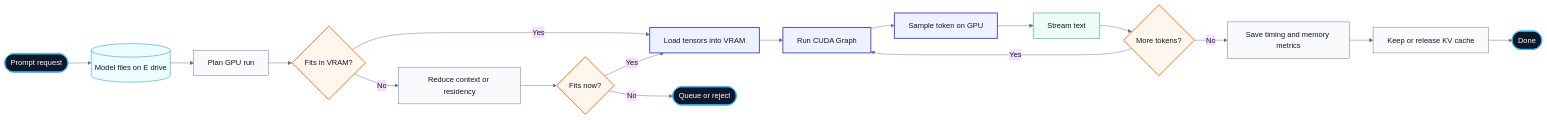
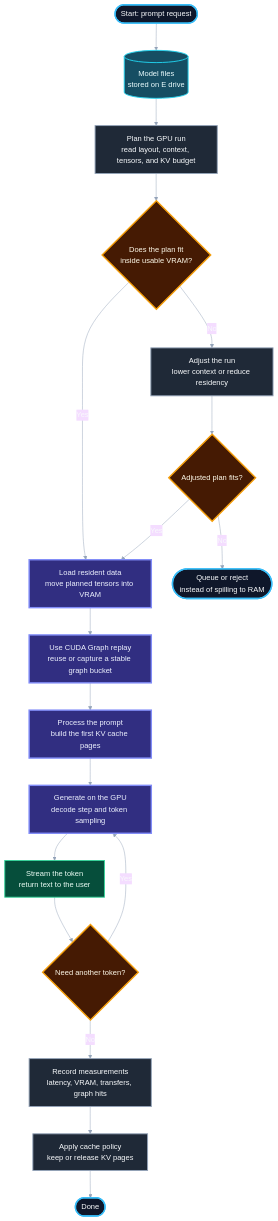
The diagram in README.md (MKKSANDI/local-ai-gpu-acceleration), drawn with Mermaid before and after one commit.

Commit message:
Make README flowchart vertical

````diff
--- a/README.md
+++ b/README.md
@@ -7,42 +7,43 @@
 ```mermaid
-%%{init: {"theme": "base", "themeVariables": {"fontFamily": "Segoe UI, Arial, sans-serif", "primaryTextColor": "#111827", "lineColor": "#64748b"}}}%%
-flowchart LR
-    Request([Prompt request])
-    Files[(Model files on E drive)]
-    Plan[Plan GPU run]
-    Budget{Fits in VRAM?}
-    Tune[Reduce context or residency]
-    Retry{Fits now?}
-    Queue([Queue or reject])
-    Load[Load tensors into VRAM]
-    Graph[Run CUDA Graph]
-    Token[Sample token on GPU]
-    Stream[Stream text]
-    More{More tokens?}
-    Metrics[Save timing and memory metrics]
-    Cache[Keep or release KV cache]
-    Done([Done])
+%%{init: {"theme": "base", "flowchart": {"curve": "basis", "nodeSpacing": 45, "rankSpacing": 58}, "themeVariables": {"fontFamily": "Segoe UI, Arial, sans-serif", "primaryTextColor": "#f8fafc", "lineColor": "#94a3b8"}}}%%
+flowchart TB
+    Start(["Start: prompt request"])
+    Files[("Model files<br/>stored on E drive")]
+    Plan["Plan the GPU run<br/>read layout, context, tensors, and KV budget"]
+    Fit{"Does the plan fit<br/>inside usable VRAM?"}
+    Adjust["Adjust the run<br/>lower context or reduce residency"]
+    Recheck{"Adjusted plan fits?"}
+    Stop(["Queue or reject<br/>instead of spilling to RAM"])
+    Load["Load resident data<br/>move planned tensors into VRAM"]
+    Graph["Use CUDA Graph replay<br/>reuse or capture a stable graph bucket"]
+    Prefill["Process the prompt<br/>build the first KV cache pages"]
+    Decode["Generate on the GPU<br/>decode step and token sampling"]
+    Stream["Stream the token<br/>return text to the user"]
+    More{"Need another token?"}
+    Metrics["Record measurements<br/>latency, VRAM, transfers, graph hits"]
+    Cache["Apply cache policy<br/>keep or release KV pages"]
+    Done(["Done"])
 
-    Request --> Files --> Plan --> Budget
-    Budget -- "Yes" --> Load
-    Budget -- "No" --> Tune --> Retry
-    Retry -- "Yes" --> Load
-    Retry -- "No" --> Queue
-    Load --> Graph --> Token --> Stream --> More
-    More -- "Yes" --> Graph
+    Start --> Files --> Plan --> Fit
+    Fit -- "Yes" --> Load
+    Fit -- "No" --> Adjust --> Recheck
+    Recheck -- "Yes" --> Load
+    Recheck -- "No" --> Stop
+    Load --> Graph --> Prefill --> Decode --> Stream --> More
+    More -- "Yes" --> Decode
     More -- "No" --> Metrics --> Cache --> Done
 
-    classDef endpoint fill:#0f172a,stroke:#38bdf8,color:#ffffff,stroke-width:2px;
-    classDef storage fill:#ecfeff,stroke:#0891b2,color:#0f172a,stroke-width:1px;
-    classDef process fill:#f8fafc,stroke:#64748b,color:#111827,stroke-width:1px;
-    classDef decision fill:#fff7ed,stroke:#f97316,color:#111827,stroke-width:2px;
-    classDef gpu fill:#eef2ff,stroke:#4f46e5,color:#111827,stroke-width:2px;
-    classDef output fill:#ecfdf5,stroke:#059669,color:#111827,stroke-width:1px;
+    classDef endpoint fill:#0f172a,stroke:#38bdf8,color:#f8fafc,stroke-width:3px;
+    classDef storage fill:#164e63,stroke:#22d3ee,color:#ecfeff,stroke-width:2px;
+    classDef process fill:#1f2937,stroke:#94a3b8,color:#f8fafc,stroke-width:2px;
+    classDef decision fill:#451a03,stroke:#f59e0b,color:#fffbeb,stroke-width:3px;
+    classDef gpu fill:#312e81,stroke:#818cf8,color:#eef2ff,stroke-width:3px;
+    classDef output fill:#064e3b,stroke:#34d399,color:#ecfdf5,stroke-width:2px;
 
-    class Request,Queue,Done endpoint;
+    class Start,Stop,Done endpoint;
     class Files storage;
-    class Plan,Tune,Metrics,Cache process;
-    class Budget,Retry,More decision;
-    class Load,Graph,Token gpu;
+    class Plan,Adjust,Metrics,Cache process;
+    class Fit,Recheck,More decision;
+    class Load,Graph,Prefill,Decode gpu;
     class Stream output;
 ```
````
